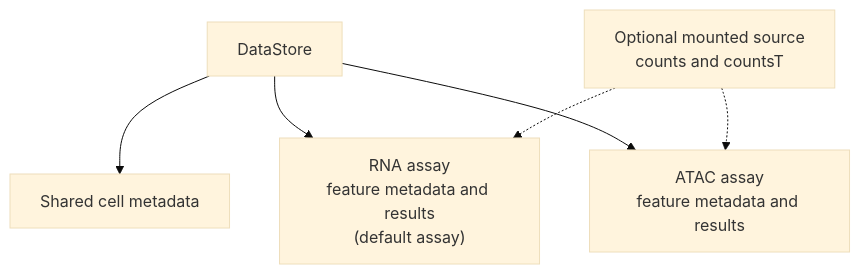
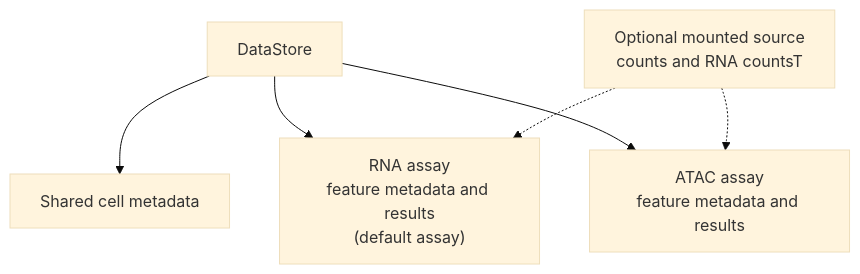
One commit to Gautam8387/scarf changed the diagram in docs/source/tutorials/data_organization.md. Above: the diagram before and after it, drawn with Mermaid (base theme). The commit also changed other lines of this file and 193 other files, not shown here.

````diff
--- a/docs/source/tutorials/data_organization.md
+++ b/docs/source/tutorials/data_organization.md
@@ -41,13 +41,13 @@
 ```{mermaid}
 flowchart TB
     ds["DataStore"]
     cells["Shared cell metadata"]
     rna["RNA assay<br/>feature metadata and results<br/>(default assay)"]
     atac["ATAC assay<br/>feature metadata and results"]
-    source["Optional mounted source<br/>counts and countsT"]
+    source["Optional mounted source<br/>counts and RNA countsT"]
     ds --> cells
     ds --> rna
     ds --> atac
     source -.-> rna
     source -.-> atac
 ```
````
